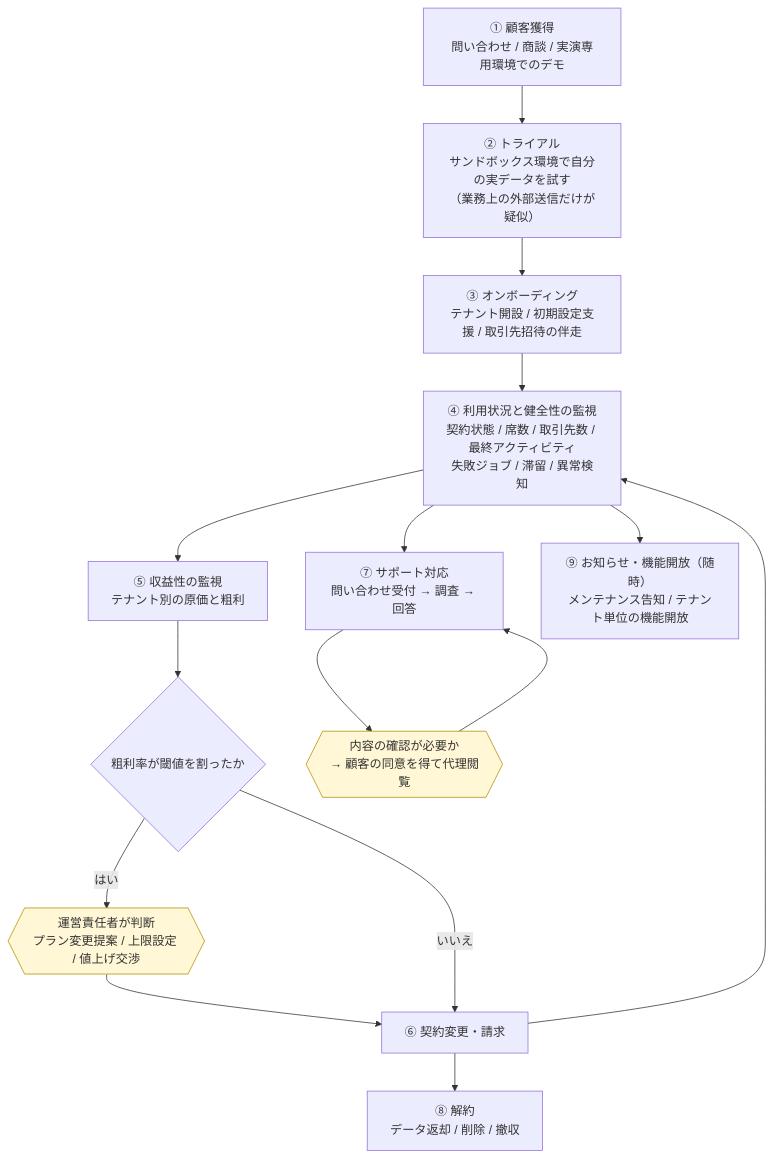
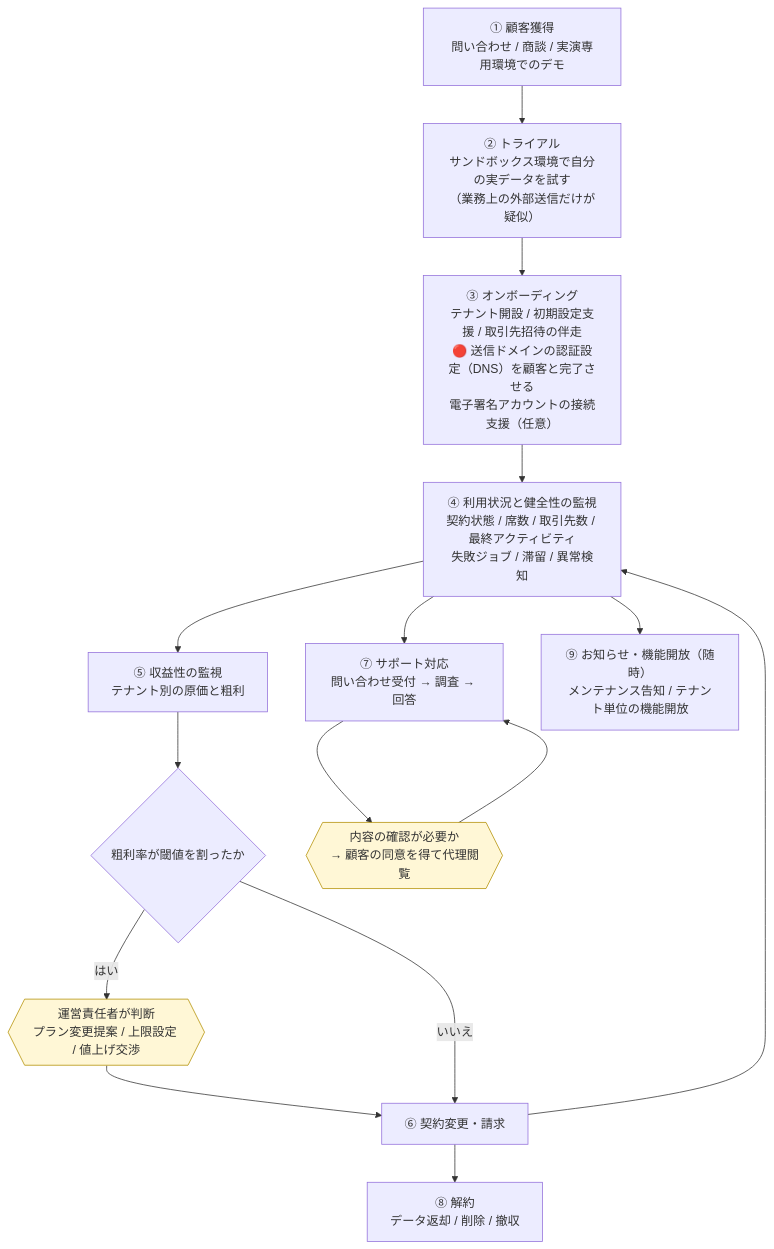
The fourth of 4 diagrams in docs/01-business-requirements.md (Festal-KM/SES-Platform), drawn with Mermaid before and after one commit. The commit also changed other lines of this file, not shown here.

````diff
--- a/docs/01-business-requirements.md
+++ b/docs/01-business-requirements.md
@@ -414,20 +394,20 @@
 ```mermaid
 flowchart TD
   O1["① 顧客獲得<br/>問い合わせ / 商談 / 実演専用環境でのデモ"] --> O2["② トライアル<br/>サンドボックス環境で自分の実データを試す<br/>（業務上の外部送信だけが疑似）"]
-  O2 --> O3["③ オンボーディング<br/>テナント開設 / 初期設定支援 / 取引先招待の伴走"]
+  O2 --> O3["③ オンボーディング<br/>テナント開設 / 初期設定支援 / 取引先招待の伴走<br/>🔴 送信ドメインの認証設定（DNS）を顧客と完了させる<br/>電子署名アカウントの接続支援（任意）"]
   O3 --> O4["④ 利用状況と健全性の監視<br/>契約状態 / 席数 / 取引先数 / 最終アクティビティ<br/>失敗ジョブ / 滞留 / 異常検知"]
   O4 --> O5["⑤ 収益性の監視<br/>テナント別の原価と粗利"]
   O5 --> O6{"粗利率が閾値を割ったか"}
   O6 -- "はい" --> O7{{"運営責任者が判断<br/>プラン変更提案 / 上限設定 / 値上げ交渉"}}
   O7 --> O8["⑥ 契約変更・請求"]
   O6 -- "いいえ" --> O8
   O4 --> O9["⑦ サポート対応<br/>問い合わせ受付 → 調査 → 回答"]
   O9 --> O10{{"内容の確認が必要か<br/>→ 顧客の同意を得て代理閲覧"}}
   O10 --> O9
   O8 --> O4
   O8 --> O11["⑧ 解約<br/>データ返却 / 削除 / 撤収"]
   O4 --> O12["⑨ お知らせ・機能開放（随時）<br/>メンテナンス告知 / テナント単位の機能開放"]
 
   classDef human fill:#fff7d6,stroke:#b38f00;
   class O7,O10 human
 ```
````
